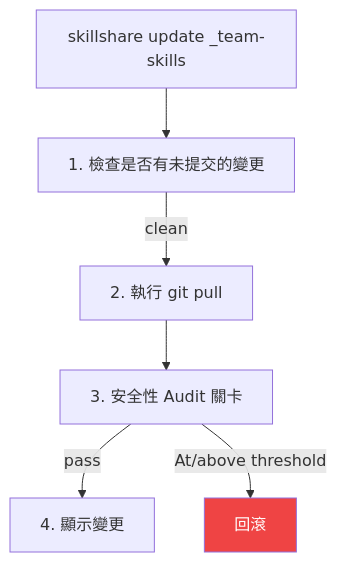
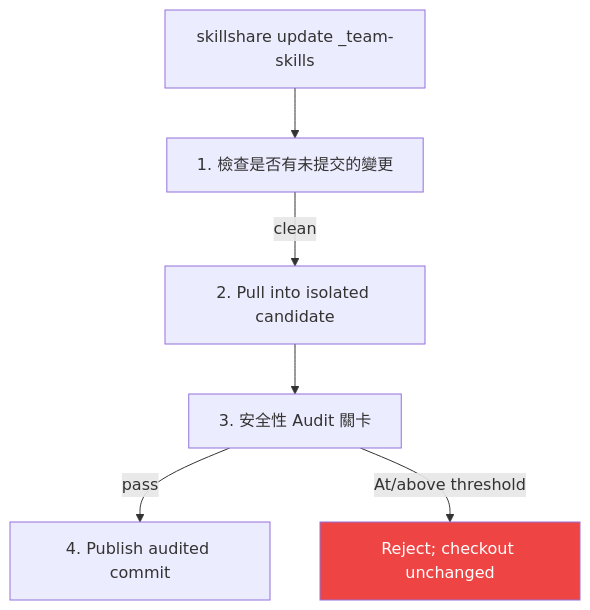
The first of 2 diagrams in website/i18n/zh-Hant/docusaurus-plugin-content-docs/current/reference/commands/update.md (runkids/skillshare), drawn with Mermaid before and after one commit. The commit also changed other lines of this file and 52 other files, not shown here.

````diff
--- a/website/i18n/zh-Hant/docusaurus-plugin-content-docs/current/reference/commands/update.md
+++ b/website/i18n/zh-Hant/docusaurus-plugin-content-docs/current/reference/commands/update.md
@@ -37,13 +37,13 @@
 ```mermaid
 flowchart TD
     TITLE["skillshare update _team-skills"]
     S1["1. 檢查是否有未提交的變更"]
-    S2["2. 執行 git pull"]
+    S2["2. Pull into isolated candidate"]
     S3["3. 安全性 Audit 關卡"]
-    S4["4. 顯示變更"]
+    S4["4. Publish audited commit"]
     TITLE --> S1 -- clean --> S2 --> S3
     S3 -- pass --> S4
-    S3 -- "At/above threshold" --> RB["回滾"]
+    S3 -- "At/above threshold" --> RB["Reject; checkout unchanged"]
 
     style RB fill:#ef4444,color:#fff
 ```
````
